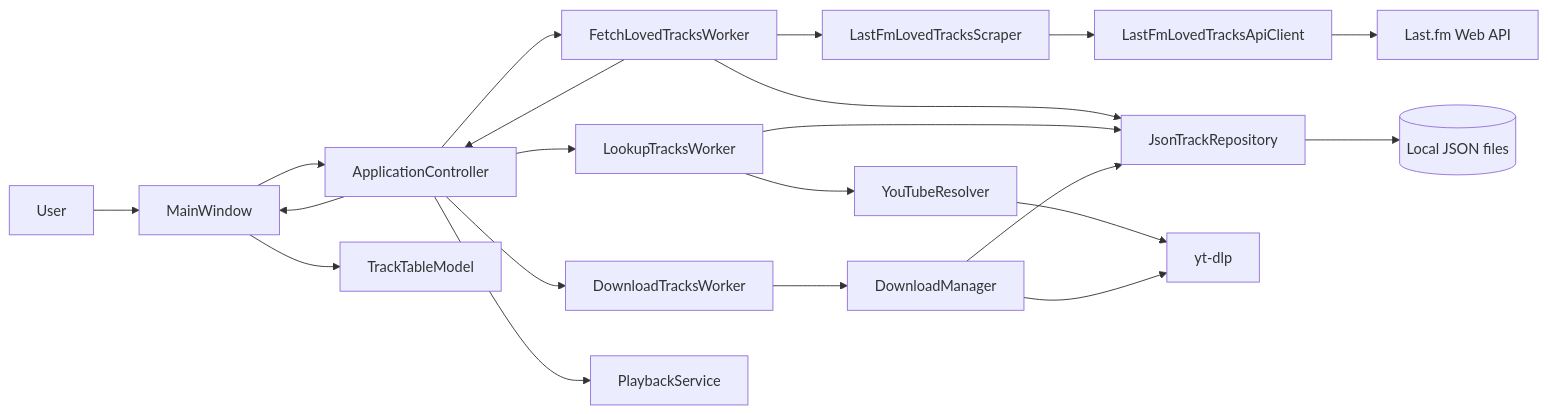
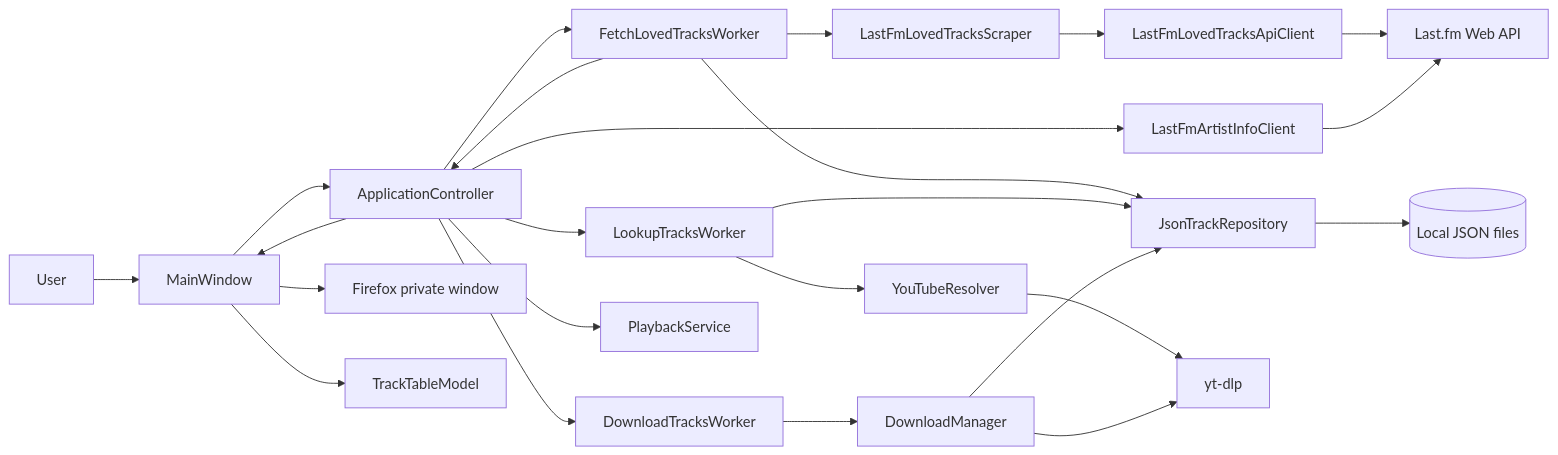
One commit to marcelpetrick/myLastFmPlayer changed the first of 10 diagrams in documents/03_ARCHITECTURE.md. Above: the diagram before and after it, drawn with Mermaid. The commit also changed other lines of this file and 9 other files, not shown here.

Commit message:
docs(architecture): refresh documentation diagrams (v0.0.136)

````diff
--- a/documents/03_ARCHITECTURE.md
+++ b/documents/03_ARCHITECTURE.md
@@ -49,23 +51,26 @@
 ```mermaid
 flowchart LR
     User[User] --> UI[MainWindow]
     UI --> Controller[ApplicationController]
     Controller --> FetchWorker[FetchLovedTracksWorker]
     Controller --> LookupWorker[LookupTracksWorker]
     Controller --> DownloadWorker[DownloadTracksWorker]
     Controller --> Playback[PlaybackService]
+    Controller --> ArtistInfo[LastFmArtistInfoClient]
     FetchWorker --> Scraper[LastFmLovedTracksScraper]
     Scraper --> ApiClient[LastFmLovedTracksApiClient]
     ApiClient --> LastFm[Last.fm Web API]
+    ArtistInfo --> LastFm
+    UI --> Firefox[Firefox private window]
     FetchWorker --> Storage[JsonTrackRepository]
     LookupWorker --> Resolver[YouTubeResolver]
     Resolver --> Ytdlp[yt-dlp]
     LookupWorker --> Storage
     DownloadWorker --> DownloadManager[DownloadManager]
     DownloadManager --> Ytdlp[yt-dlp]
     DownloadManager --> Storage
     Storage --> Json[(Local JSON files)]
     FetchWorker --> Controller
     Controller --> UI
     UI --> TableModel[TrackTableModel]
 ```
````
